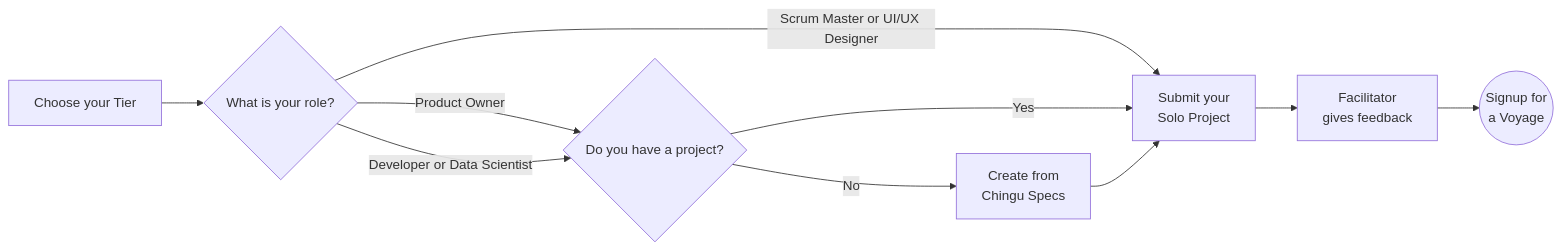
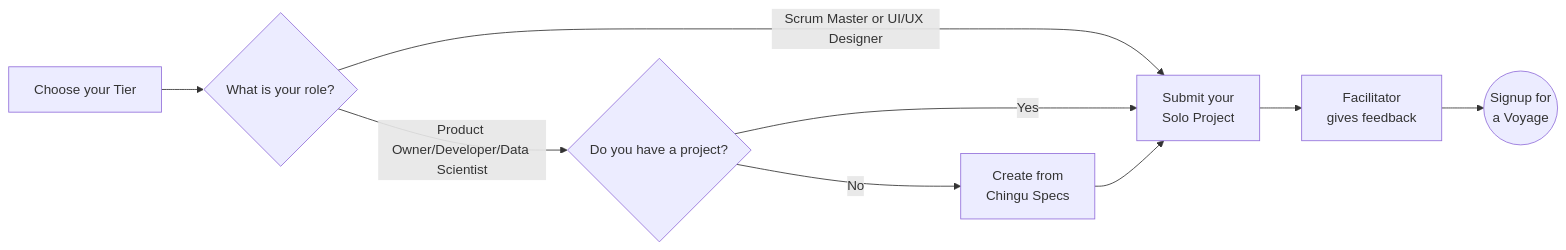
Before and after one commit to chingu-voyages/Handbook: the diagram in docs/guides/soloproject/soloproject.md, drawn with Mermaid.

Commit message:
Feature: Update Solo Project workflow diagram

````diff
--- a/docs/guides/soloproject/soloproject.md
+++ b/docs/guides/soloproject/soloproject.md
@@ -18,12 +18,11 @@
 ```mermaid
 graph LR
     A[Choose your Tier] --> B{What is your role?}
-    B -- Product Owner --> F
     B -- Scrum Master or UI/UX Designer --> G
-    B -- Developer or Data Scientist --> F{Do you have a project?}
+    B -- Product Owner/Developer/Data Scientist --> F{Do you have a project?}
     F -- Yes --> G[Submit your\nSolo Project]
     F -- No --> H[Create from\nChingu Specs]
     H --> G
     G --> I[Facilitator\ngives feedback]
     I --> J((Signup for\na Voyage))
 ```
````
